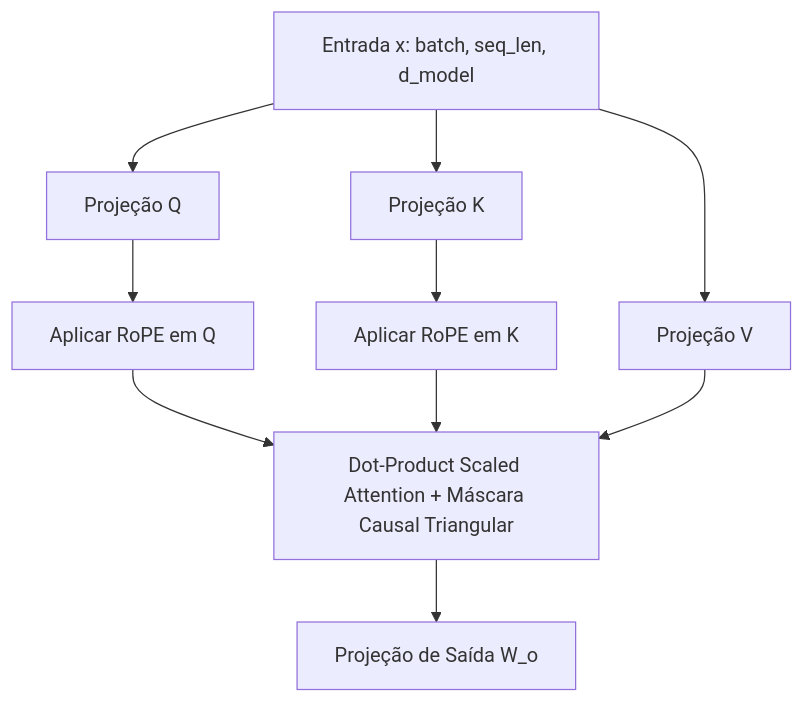
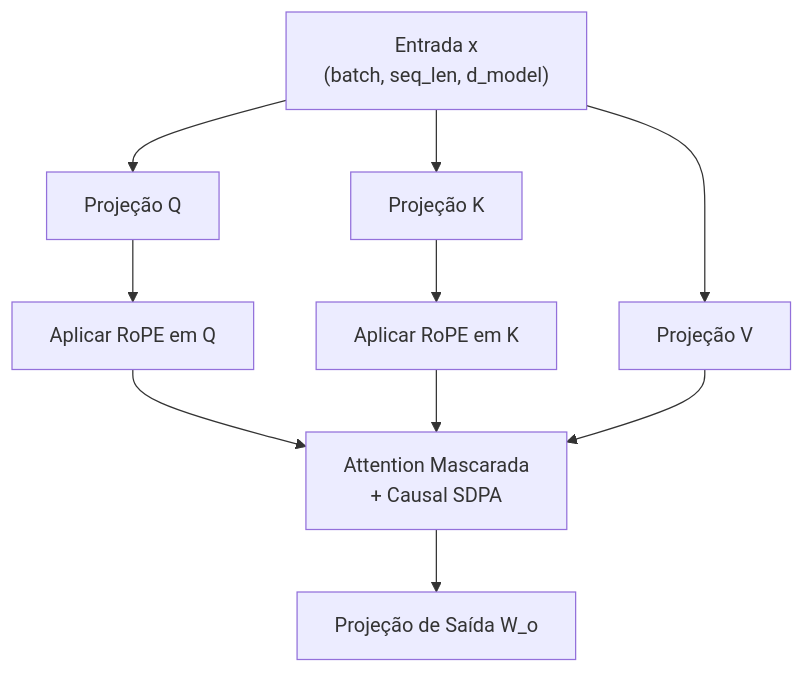
The second of 2 diagrams in docs/assignment-1-guide.md (philipesantos136/stanford-cs336-LLM-from-scratch), drawn with Mermaid before and after one commit. The commit also changed other lines of this file, not shown here.

Commit message:
style: format Mermaid diagram node labels with multi-line breaks to prevent text truncation

````diff
--- a/docs/assignment-1-guide.md
+++ b/docs/assignment-1-guide.md
@@ -77,12 +77,12 @@
 ```mermaid
 graph TD
-    X[Entrada x: batch, seq_len, d_model] --> Q_proj[Projeção Q]
-    X --> K_proj[Projeção K]
-    X --> V_proj[Projeção V]
-    Q_proj --> RoPE_Q[Aplicar RoPE em Q]
-    K_proj --> RoPE_K[Aplicar RoPE em K]
-    RoPE_Q --> SDPA[Dot-Product Scaled Attention + Máscara Causal Triangular]
+    X["Entrada x<br/>(batch, seq_len, d_model)"] --> Q_proj["Projeção Q"]
+    X --> K_proj["Projeção K"]
+    X --> V_proj["Projeção V"]
+    Q_proj --> RoPE_Q["Aplicar RoPE em Q"]
+    K_proj --> RoPE_K["Aplicar RoPE em K"]
+    RoPE_Q --> SDPA["Attention Mascarada<br/>+ Causal SDPA"]
     RoPE_K --> SDPA
     V_proj --> SDPA
-    SDPA --> Out_proj[Projeção de Saída W_o]
+    SDPA --> Out_proj["Projeção de Saída W_o"]
 ```
````
